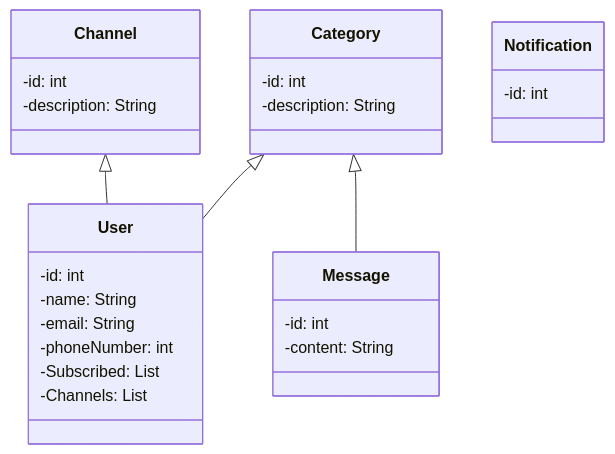
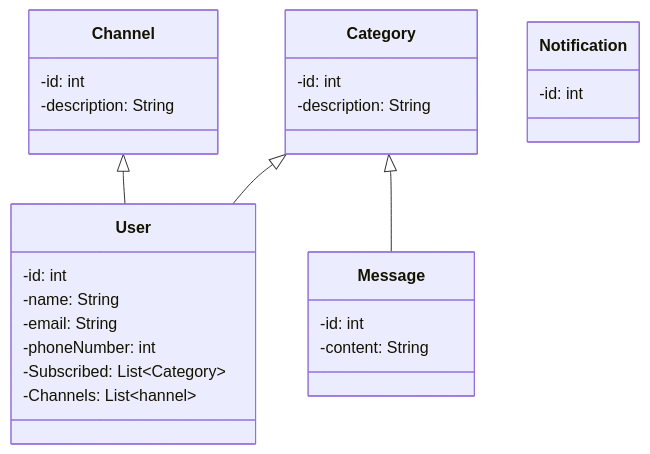
The diagram in README.md (mozart-martins/gila-software-coding-challenge), drawn with Mermaid before and after one commit.

````diff
--- a/README.md
+++ b/README.md
@@ -68,29 +68,29 @@
 ```mermaid
 classDiagram
 Channel <|-- User
 Category <|-- User
 Category <|-- Message
 class Channel{
 	-id: int
 	-description: String
 }
 class Category{
 	-id: int
 	-description: String
 }
 class User{
 	-id: int
 	-name: String
 	-email: String
 	-phoneNumber: int
-	-Subscribed: List<Category>
-	-Channels: List<Channel>
+	-Subscribed: List~Category~
+	-Channels: List~hannel~
 }
 class Message{
 	-id: int
 	-content: String
 }
 class Notification{
 	-id: int
 }
 ```
````
